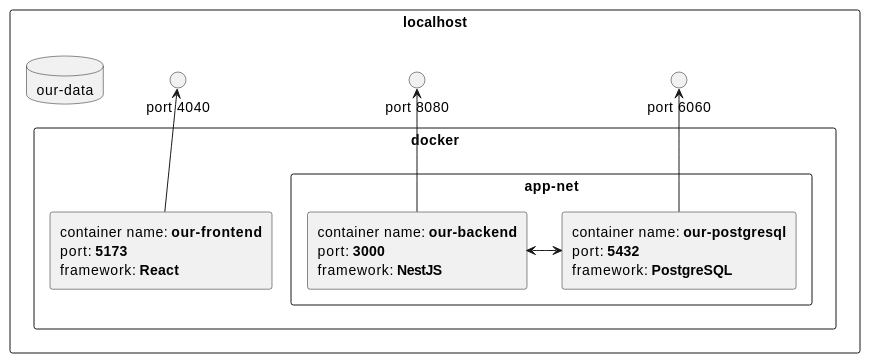
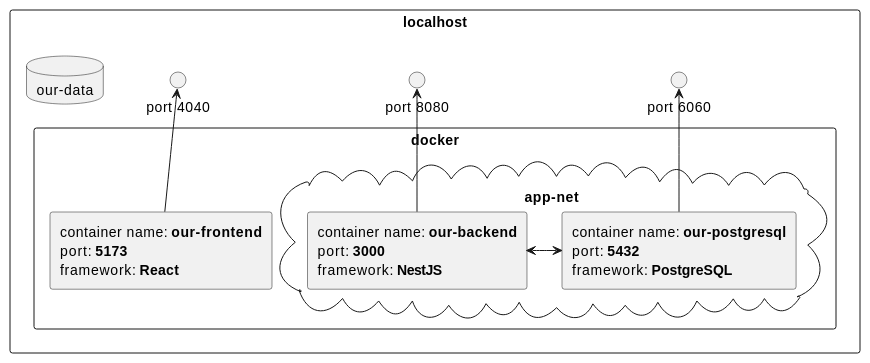
The first of 2 diagrams in docs/README.adoc (eprei/42_ft_transcendence), drawn with PlantUML before and after one commit. The commit also changed 1 other file, not shown here.

Commit message:
docs: update docker.svg
use cloud instead of rectangle for
the network

```diff
--- a/docs/README.adoc
+++ b/docs/README.adoc
@@ -9,34 +9,34 @@
 [plantuml, target=assets/docker, format=svg, width=100%]
 ....
 rectangle localhost {
 	database "our-data" as our_data
 	circle "port 8080" as portout_nest
 	circle "port 6060" as portout_postgre
 	circle "port 4040" as portout_react
 
 	rectangle docker {
-		rectangle app-net {
+		cloud app-net {
 			rectangle NestJS [
 				container name: <b>our-backend
 				port: <b>3000
 				framework: <b>NestJS
 			]
 			rectangle PostgreSQL [
 				container name: <b>our-postgresql
 				port: <b>5432
 				framework: <b>PostgreSQL
 			]
 		}
 		rectangle React [
 			container name: <b>our-frontend
 			port: <b>5173
 			framework: <b>React
 		]
 	}
 }
 
 NestJS -up-> portout_nest
 React -up-> portout_react
 PostgreSQL -up-> portout_postgre
 NestJS <-le-> PostgreSQL
 ....
```
